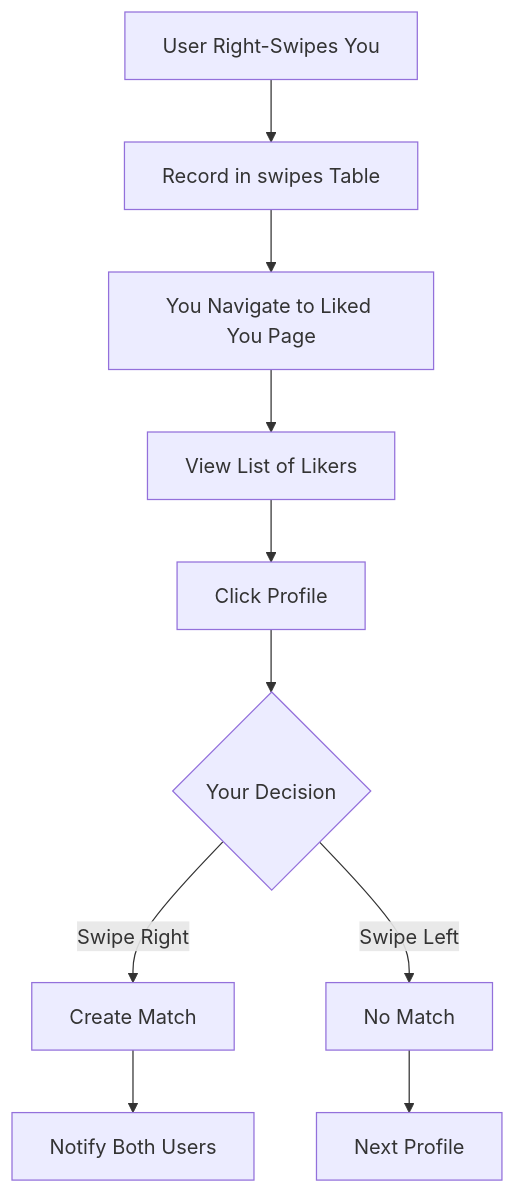
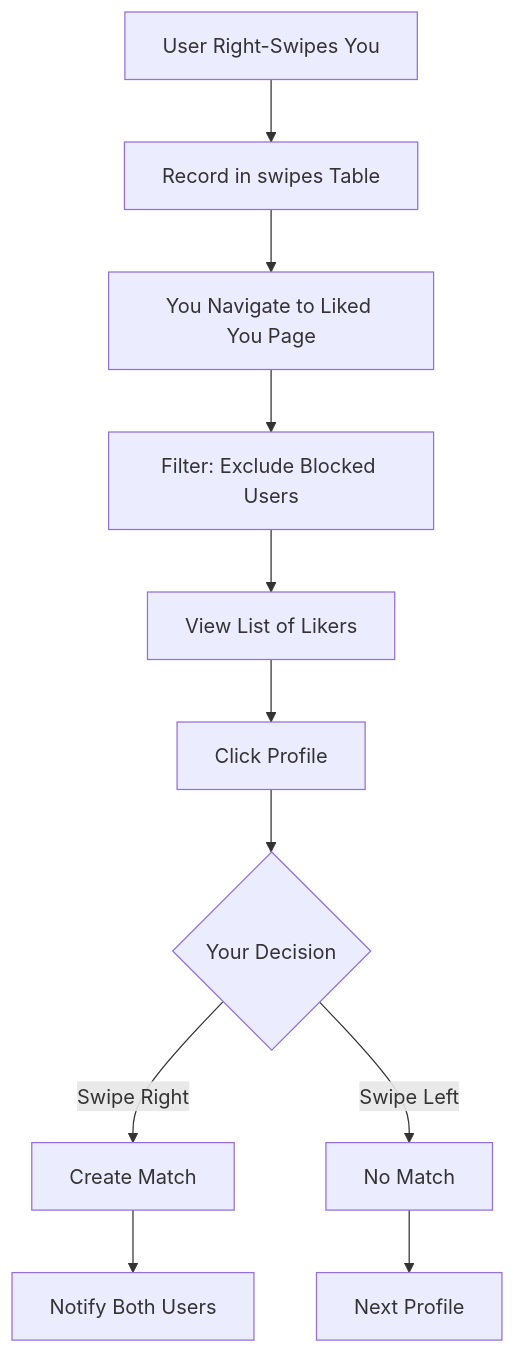
One commit to ketochiesesoyyo/konfetti-capacitor-integration changed the seventh of 7 diagrams in PRODUCT_REQUIREMENTS_DOCUMENT.md. Above: the diagram before and after it, drawn with Mermaid. The commit also changed other lines of this file, not shown here.

````diff
--- a/PRODUCT_REQUIREMENTS_DOCUMENT.md
+++ b/PRODUCT_REQUIREMENTS_DOCUMENT.md
@@ -1023,12 +1312,13 @@
 ```mermaid
 graph TD
     A[User Right-Swipes You] --> B[Record in swipes Table]
     B --> C[You Navigate to Liked You Page]
-    C --> D[View List of Likers]
-    D --> E[Click Profile]
-    E --> F{Your Decision}
-    F --> |Swipe Right| G[Create Match]
-    F --> |Swipe Left| H[No Match]
-    G --> I[Notify Both Users]
-    H --> J[Next Profile]
+    C --> D[Filter: Exclude Blocked Users]
+    D --> E[View List of Likers]
+    E --> F[Click Profile]
+    F --> G{Your Decision}
+    G --> |Swipe Right| H[Create Match]
+    G --> |Swipe Left| I[No Match]
+    H --> J[Notify Both Users]
+    I --> K[Next Profile]
 ```
````
